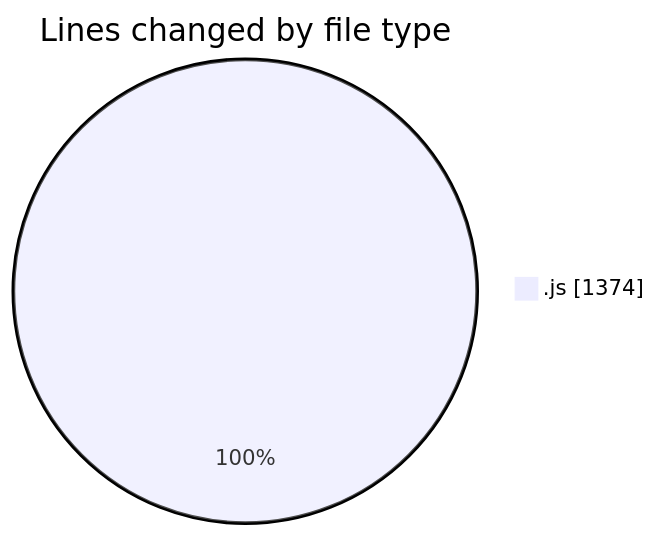
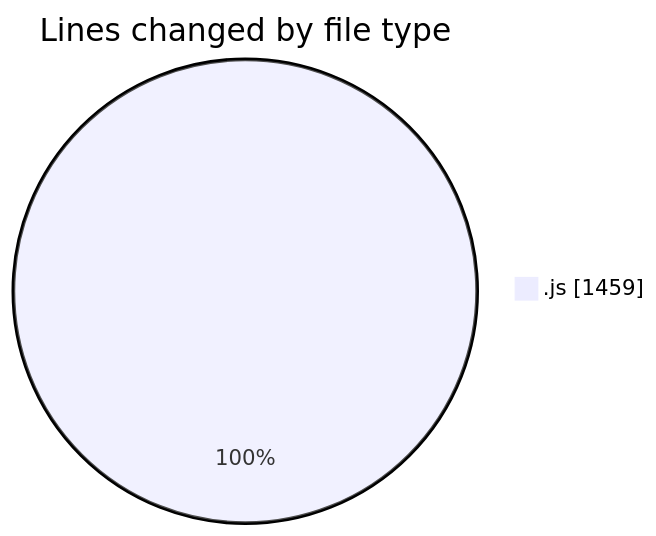
One commit to nxtqubesakshisongat/code-tracking changed the first of 2 diagrams in 2025-05-30/nxtqube_webapp/README.md. Above: the diagram before and after it, drawn with Mermaid. The commit also changed other lines of this file and 1 other file, not shown here.

````diff
--- a/2025-05-30/nxtqube_webapp/README.md
+++ b/2025-05-30/nxtqube_webapp/README.md
@@ -24,5 +24,5 @@
 ```mermaid
 pie showData
 title Lines changed by file type
-".js" : 1374
+".js" : 1459
 ```
````
